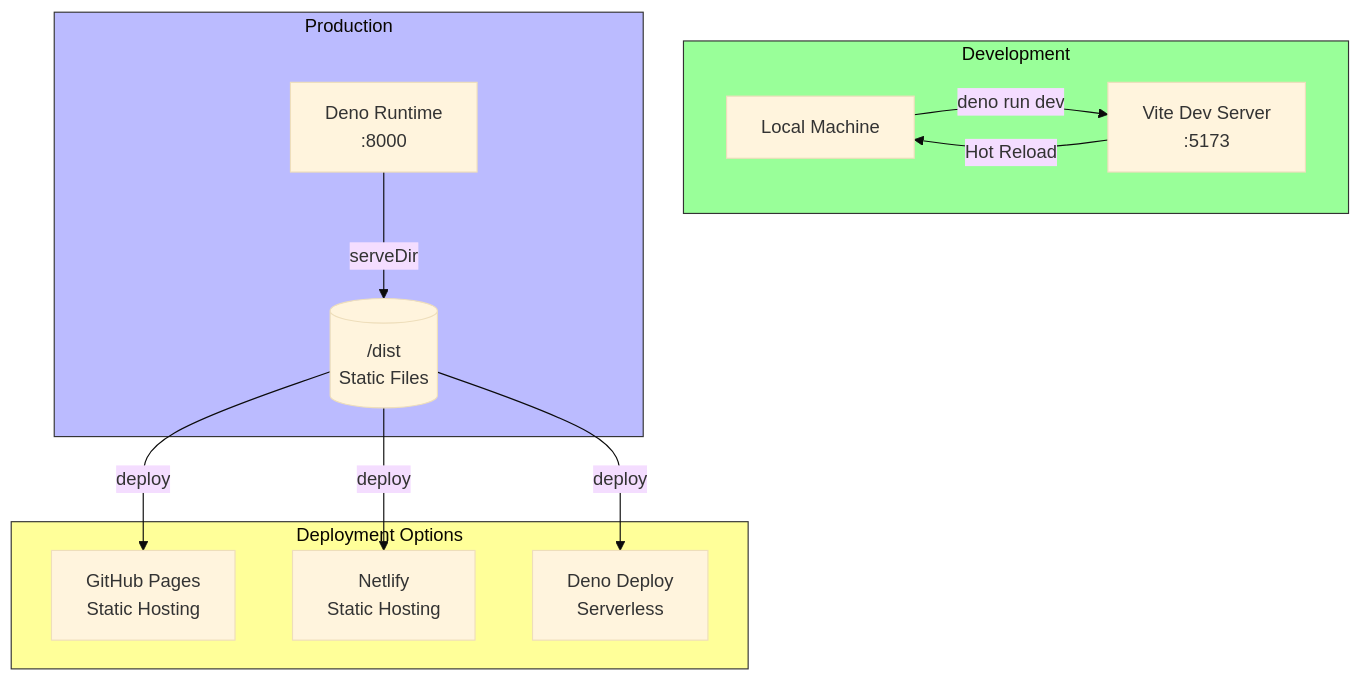
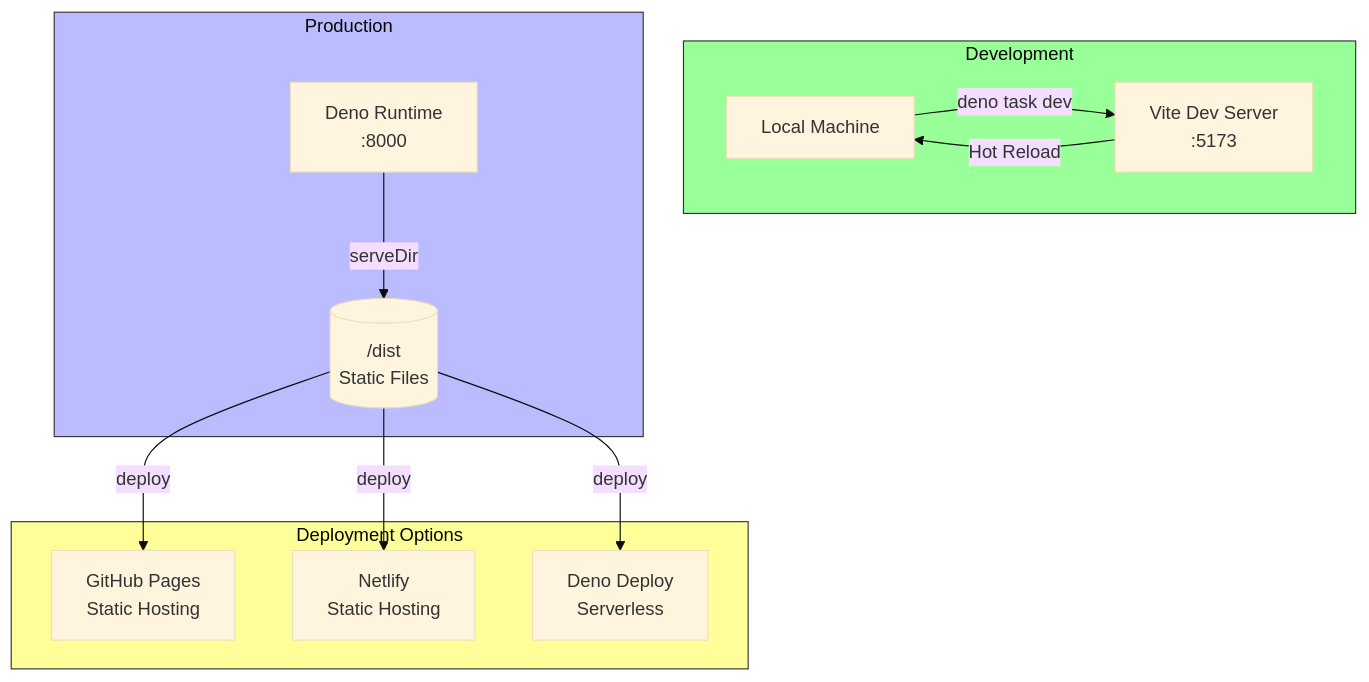
The fourth of 5 diagrams in docs/architecture.md (paullame/team-scrambler-v2), drawn with Mermaid (base theme) before and after one commit. The commit also changed other lines of this file and 55 other files, not shown here.

````diff
--- a/docs/architecture.md
+++ b/docs/architecture.md
@@ -172,31 +182,31 @@
 ```mermaid
 flowchart TB
     subgraph Dev["Development"]
         L["Local Machine"]
         Vite["Vite Dev Server\n:5173"]
     end
     
     subgraph Prod["Production"]
         Deno["Deno Runtime\n:8000"]
         Dist[("/dist\nStatic Files")]
     end
     
     subgraph Deploy["Deployment Options"]
         GH["GitHub Pages\nStatic Hosting"]
         Netlify["Netlify\nStatic Hosting"]
         DenoDeploy["Deno Deploy\nServerless"]
     end
 
-    L -->|deno run dev| Vite
+    L -->|deno task dev| Vite
     Vite -->|Hot Reload| L
     
     Deno -->|serveDir| Dist
     
     Dist -->|deploy| GH
     Dist -->|deploy| Netlify
     Dist -->|deploy| DenoDeploy
 
     style Dev fill:#9f9,stroke:#333
     style Prod fill:#bbf,stroke:#333
     style Deploy fill:#ff9,stroke:#333
 ```
````
